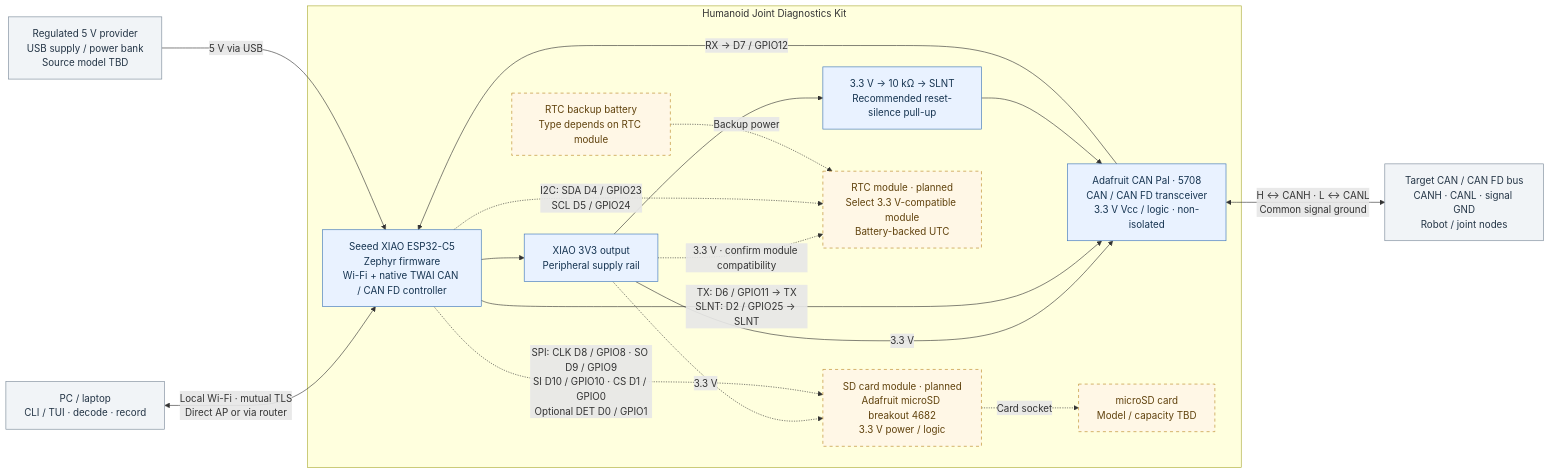
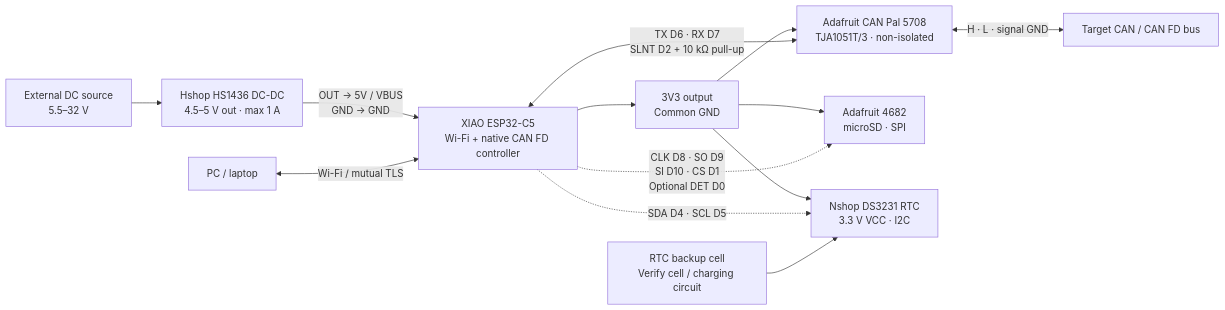
The diagram in docs/hardware-block-diagram.md (bluleap-ai/Humanoid-Joint-Diagnostics-Kit), drawn with Mermaid before and after one commit. The commit also changed other lines of this file and 6 other files, not shown here.

````diff
--- a/docs/hardware-block-diagram.md
+++ b/docs/hardware-block-diagram.md
@@ -5,41 +86,15 @@
 ```mermaid
 flowchart LR
-    PC["PC / laptop<br/>CLI / TUI · decode · record"]
-    PSU["Regulated 5 V provider<br/>USB supply / power bank<br/>Source model TBD"]
-
-    subgraph KIT["Humanoid Joint Diagnostics Kit"]
-        MCU["Seeed XIAO ESP32-C5<br/>Zephyr firmware<br/>Wi-Fi + native TWAI CAN / CAN FD controller"]
-        PWR["XIAO 3V3 output<br/>Peripheral supply rail"]
-        CAN["Adafruit CAN Pal · 5708<br/>CAN / CAN FD transceiver<br/>3.3 V Vcc / logic · non-isolated"]
-        BIAS["3.3 V → 10 kΩ → SLNT<br/>Recommended reset-silence pull-up"]
-        SD["SD card module · planned<br/>Adafruit microSD breakout 4682<br/>3.3 V power / logic"]
-        CARD["microSD card<br/>Model / capacity TBD"]
-        RTC["RTC module · planned<br/>Select 3.3 V-compatible module<br/>Battery-backed UTC"]
-        BAT["RTC backup battery<br/>Type depends on RTC module"]
-    end
-
-    BUS["Target CAN / CAN FD bus<br/>CANH · CANL · signal GND<br/>Robot / joint nodes"]
-
-    PC <-->|"Local Wi-Fi · mutual TLS<br/>Direct AP or via router"| MCU
-    PSU -->|"5 V via USB"| MCU
-    MCU --> PWR
-    PWR -->|"3.3 V"| CAN
-    PWR --> BIAS
-    PWR -.->|"3.3 V"| SD
-    PWR -.->|"3.3 V · confirm module compatibility"| RTC
-    MCU -->|"TX: D6 / GPIO11 → TX<br/>SLNT: D2 / GPIO25 → SLNT"| CAN
-    CAN -->|"RX → D7 / GPIO12"| MCU
-    BIAS --> CAN
-    CAN <-->|"H ↔ CANH · L ↔ CANL<br/>Common signal ground"| BUS
-    MCU -.->|"SPI: CLK D8 / GPIO8 · SO D9 / GPIO9<br/>SI D10 / GPIO10 · CS D1 / GPIO0<br/>Optional DET D0 / GPIO1"| SD
-    SD -.->|"Card socket"| CARD
-    MCU -.->|"I2C: SDA D4 / GPIO23<br/>SCL D5 / GPIO24"| RTC
-    BAT -.->|"Backup power"| RTC
-
-    classDef current fill:#e9f2ff,stroke:#3871b7,color:#163451;
-    classDef planned fill:#fff7e6,stroke:#b98522,stroke-dasharray:5 5,color:#60420d;
-    classDef external fill:#f1f4f7,stroke:#788797,color:#243546;
-    class MCU,PWR,CAN,BIAS current;
-    class SD,CARD,RTC,BAT planned;
-    class PC,PSU,BUS external;
+    DC["External DC source<br/>5.5–32 V"] --> PSU["Hshop HS1436 DC-DC<br/>4.5–5 V out · max 1 A"]
+    PSU -->|"OUT → 5V / VBUS<br/>GND → GND"| MCU["XIAO ESP32-C5<br/>Wi-Fi + native CAN FD controller"]
+    PC["PC / laptop"] <-->|"Wi-Fi / mutual TLS"| MCU
+    MCU --> RAIL["3V3 output<br/>Common GND"]
+    RAIL --> CAN["Adafruit CAN Pal 5708<br/>TJA1051T/3 · non-isolated"]
+    RAIL --> SD["Adafruit 4682<br/>microSD · SPI"]
+    RAIL --> RTC["Nshop DS3231 RTC<br/>3.3 V VCC · I2C"]
+    MCU <-->|"TX D6 · RX D7<br/>SLNT D2 + 10 kΩ pull-up"| CAN
+    CAN <-->|"H · L · signal GND"| BUS["Target CAN / CAN FD bus"]
+    MCU -.->|"CLK D8 · SO D9<br/>SI D10 · CS D1<br/>Optional DET D0"| SD
+    MCU -.->|"SDA D4 · SCL D5"| RTC
+    BAT["RTC backup cell<br/>Verify cell / charging circuit"] --> RTC
 ```
````
